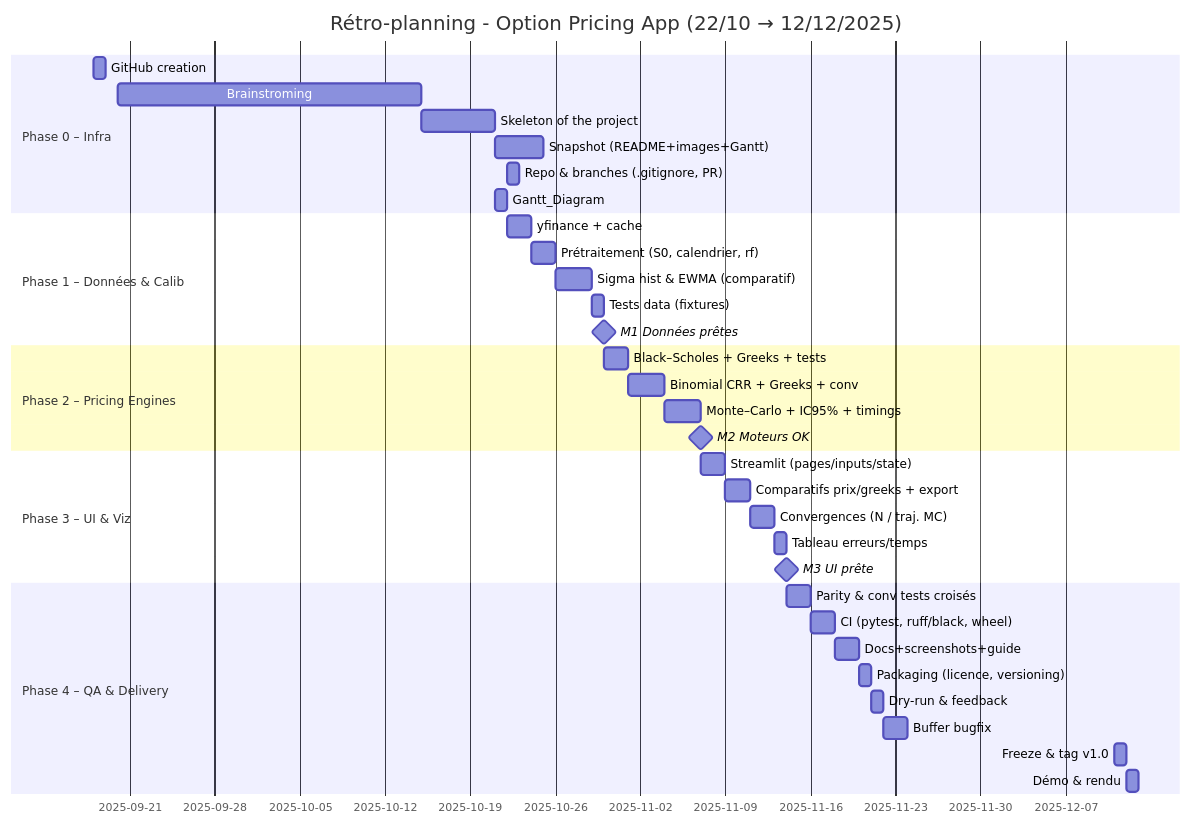
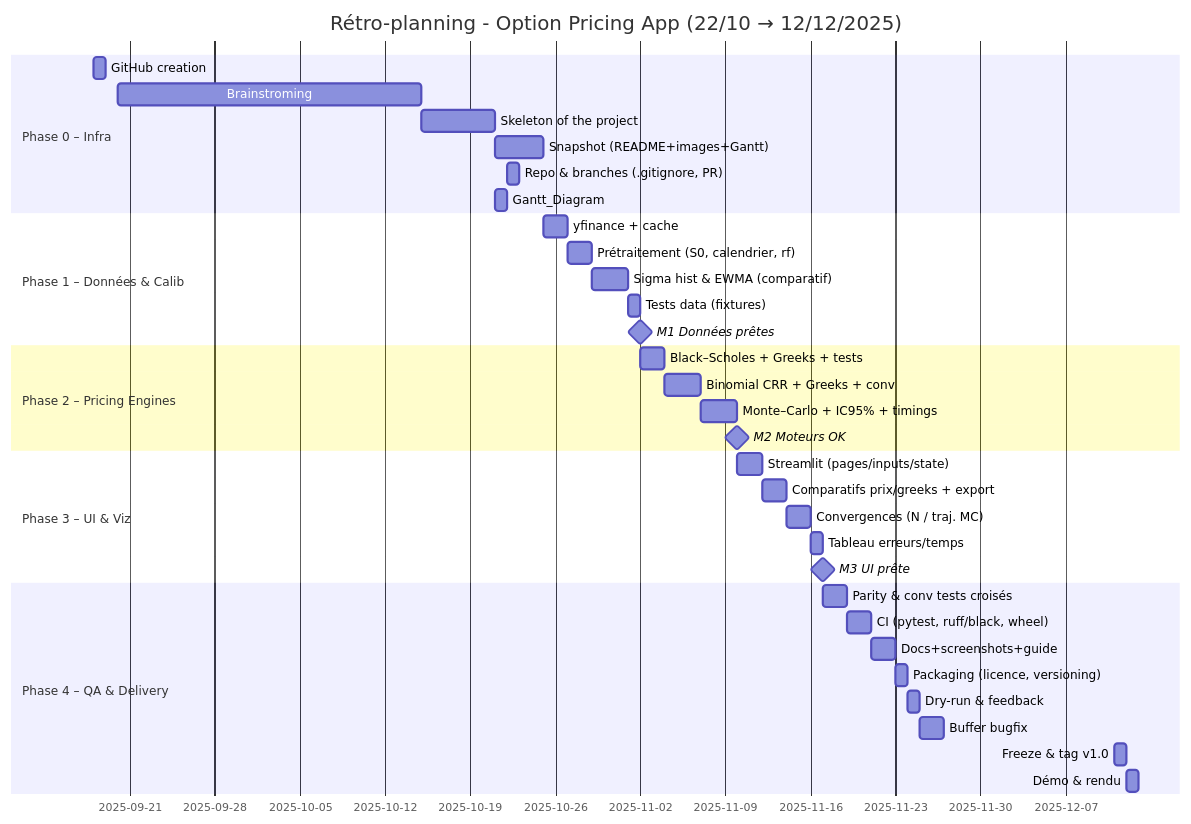
One commit to Karam-Benameur/stream_options changed the diagram in roadmap/Gantt_Diagram.md. Above: the diagram before and after it, drawn with Mermaid.

````diff
--- a/roadmap/Gantt_Diagram.md
+++ b/roadmap/Gantt_Diagram.md
@@ -1,46 +1,46 @@
 ```mermaid
 gantt
     title Rétro-planning - Option Pricing App (22/10 → 12/12/2025)
     dateFormat  YYYY-MM-DD
     %% aucune exclusion -> pas de bandes jaunes
 
     section Phase 0 – Infra
     GitHub creation                     :s1, 2025-09-18, 1d
     Brainstroming                       :s2, 2025-09-20, 25d
     Skeleton of the project             :s3, 2025-10-15, 6d
-    Snapshot (README+images+Gantt)      :s3, 2025-10-21, 4d
-    Repo & branches (.gitignore, PR)    :s4, 2025-10-22, 1d
-    Gantt_Diagram                       :s5, 2025-10-21, 1d
+    Snapshot (README+images+Gantt)      :s4, 2025-10-21, 4d
+    Repo & branches (.gitignore, PR)    :s5, 2025-10-22, 1d
+    Gantt_Diagram                       :s6, 2025-10-21, 1d
 
     section Phase 1 – Données & Calib
-    yfinance + cache                     :d1, after s5, 2d
+    yfinance + cache                     :d1, after s4, 2d
     Prétraitement (S0, calendrier, rf)   :d2, after d1, 2d
     Sigma hist & EWMA (comparatif)       :d3, after d2, 3d
     Tests data (fixtures)                :d4, after d3, 1d
     M1 Données prêtes                    :milestone, m1, after d4, 0d
 
     section Phase 2 – Pricing Engines
     Black–Scholes + Greeks + tests       :p1, after m1, 2d
     Binomial CRR + Greeks + conv         :p2, after p1, 3d
     Monte–Carlo + IC95% + timings        :p3, after p2, 3d
     M2 Moteurs OK                        :milestone, m2, after p3, 0d
 
     section Phase 3 – UI & Viz
     Streamlit (pages/inputs/state)       :u1, after m2, 2d
     Comparatifs prix/greeks + export     :u2, after u1, 2d
     Convergences (N / traj. MC)          :u3, after u2, 2d
     Tableau erreurs/temps                :u4, after u3, 1d
     M3 UI prête                          :milestone, m3, after u4, 0d
 
     section Phase 4 – QA & Delivery
     Parity & conv tests croisés          :q1, after m3, 2d
     CI (pytest, ruff/black, wheel)       :q2, after q1, 2d
     Docs+screenshots+guide               :q3, after q2, 2d
     Packaging (licence, versioning)      :q4, after q3, 1d
     Dry-run & feedback                   :q5, after q4, 1d
     Buffer bugfix                        :q6, after q5, 2d
     Freeze & tag v1.0                    :rel, 2025-12-11, 1d
     Démo & rendu                         :fin, 2025-12-12, 1d
 
 
 ```
````
